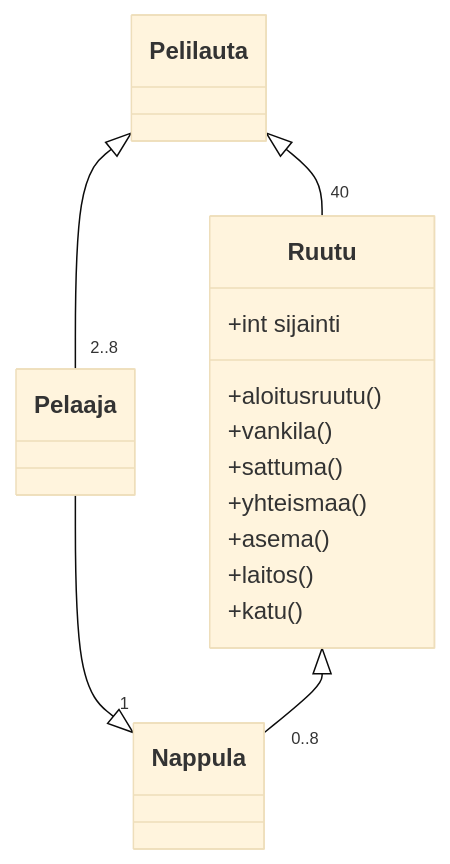
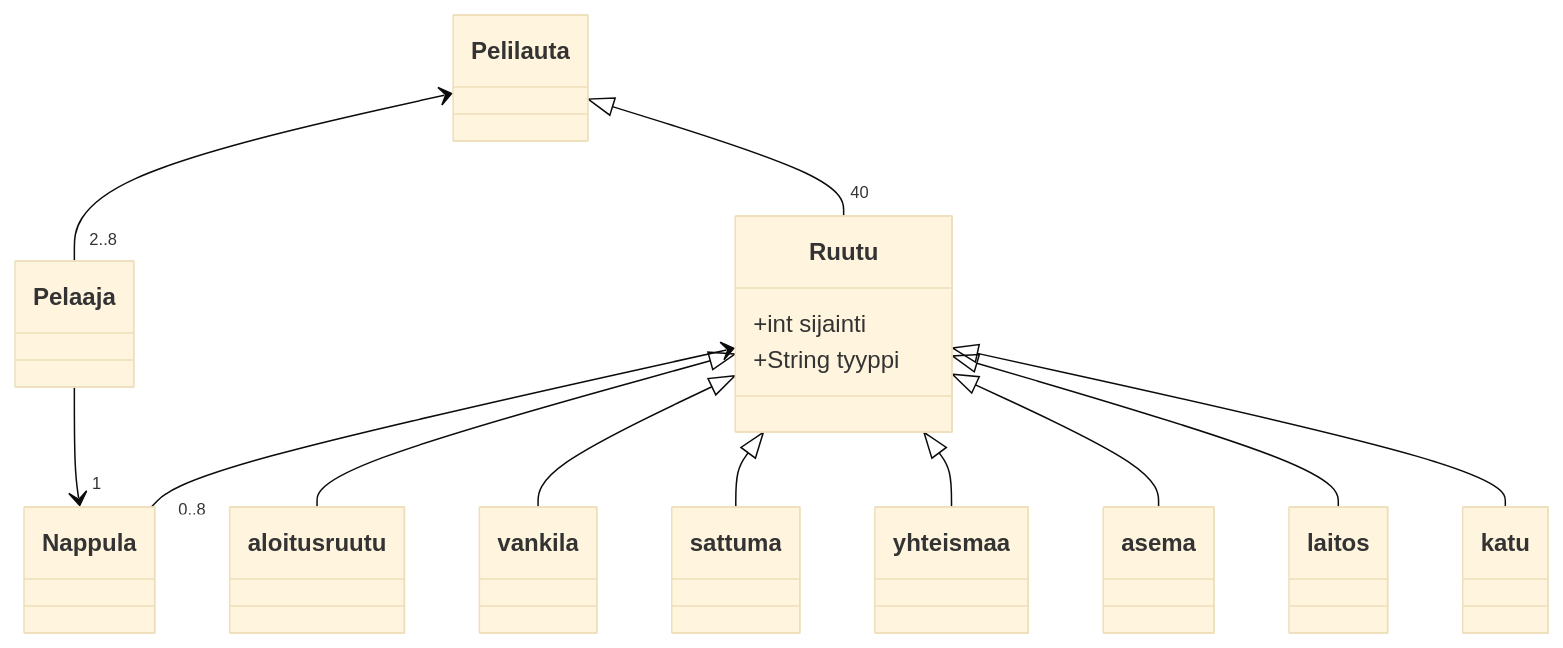
Before and after one commit to tapsamies/ot-harjoitustyo: the diagram in laskarit/viikko3/luokkkakaavio.md, drawn with Mermaid (base theme).

````diff
--- a/laskarit/viikko3/luokkkakaavio.md
+++ b/laskarit/viikko3/luokkkakaavio.md
@@ -1,30 +1,31 @@
 ```mermaid
 classDiagram
 	Pelilauta <|-- "40" Ruutu
-	Pelaaja --|> "1" Nappula
-	Ruutu <|-- "0..8" Nappula
-	Pelilauta <|-- "2..8" Pelaaja
+	Pelaaja --> "1" Nappula
+	Ruutu <-- "0..8" Nappula
+	Pelilauta <-- "2..8" Pelaaja
+	Ruutu <|-- aloitusruutu
+	Ruutu <|-- vankila
+	Ruutu <|-- sattuma
+	Ruutu <|-- yhteismaa
+	Ruutu <|-- asema
+	Ruutu <|-- laitos
+	Ruutu <|-- katu
 	class Ruutu{
 		+int sijainti
-		+aloitusruutu()
-		+vankila()
-		+sattuma()
-		+yhteismaa()
-		+asema()
-		+laitos()
-		+katu()
+		+String tyyppi	
+	}
 	
-	}
+	
 	
 
 
 
 
 
 
 
 
 
 
-
 ```
````
